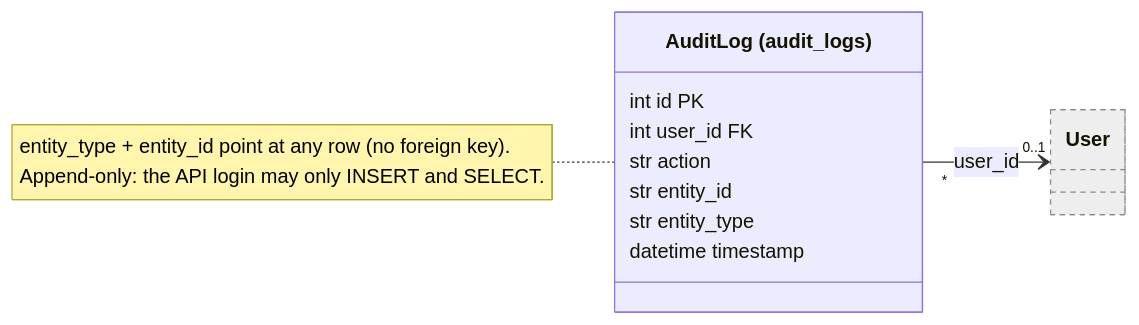
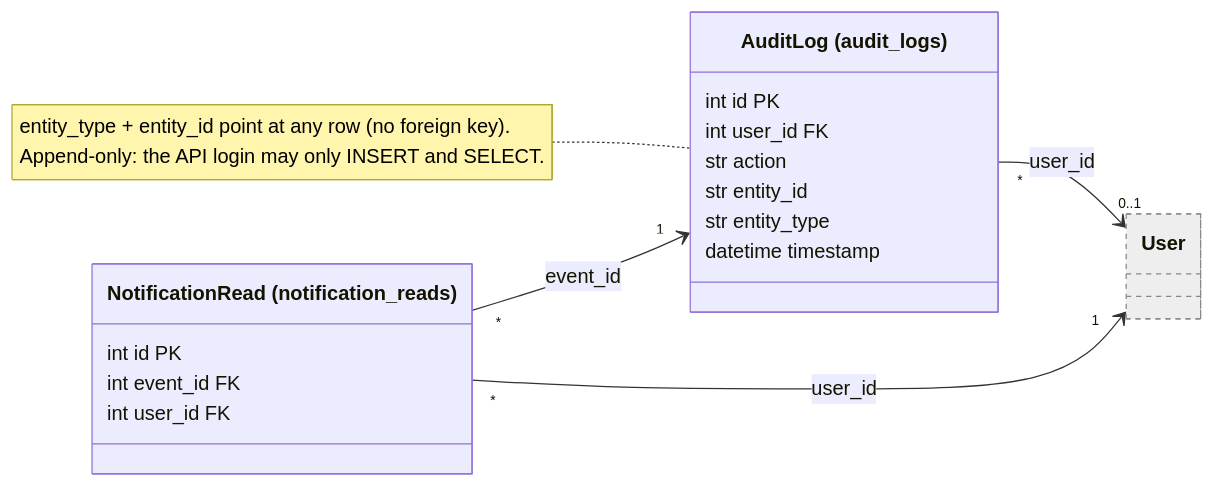
Before and after one commit to docusense67/DocuSense: the diagram in docs/diagrams/classes-audit.mmd, drawn with Mermaid. The commit also changed 13 other files, not shown here.

```diff
--- a/docs/diagrams/classes-audit.mmd
+++ b/docs/diagrams/classes-audit.mmd
@@ -1,17 +1,24 @@
-%% Class diagram: Audit trail
+%% Class diagram: Audit trail and notifications
 %% Generated by backend/scripts/gen_class_diagram.py from backend/app/models.
 %% Do not edit by hand: re-run the script (tests/test_class_diagram.py checks it).
 classDiagram
     direction LR
     class AuditLog["AuditLog (audit_logs)"] {
         int id PK
         int user_id FK
         str action
         str entity_id
         str entity_type
         datetime timestamp
     }
+    class NotificationRead["NotificationRead (notification_reads)"] {
+        int id PK
+        int event_id FK
+        int user_id FK
+    }
     class User
     AuditLog "*" --> "0..1" User : user_id
+    NotificationRead "*" --> "1" AuditLog : event_id
+    NotificationRead "*" --> "1" User : user_id
     style User fill:#eeeeee,stroke:#888888,stroke-dasharray:4 4
     note for AuditLog "entity_type + entity_id point at any row (no foreign key).<br>Append-only: the API login may only INSERT and SELECT."
```
